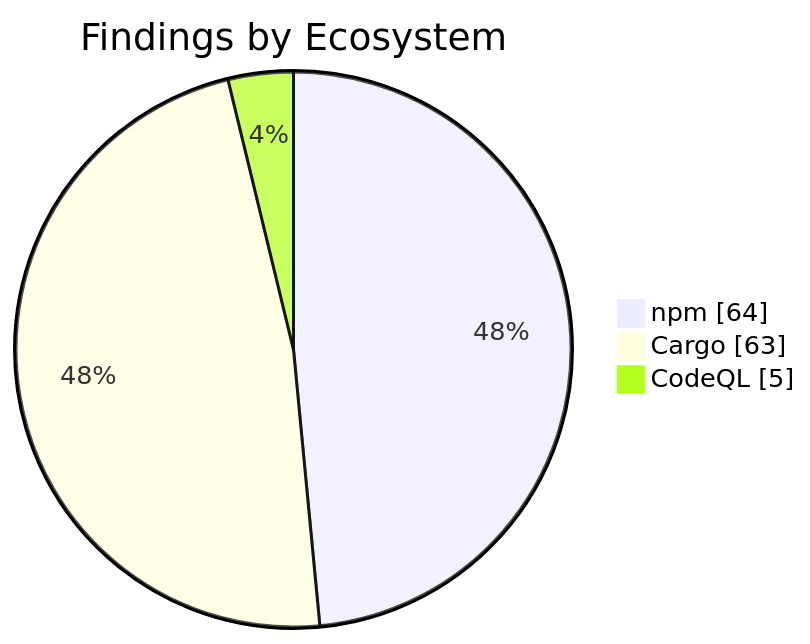
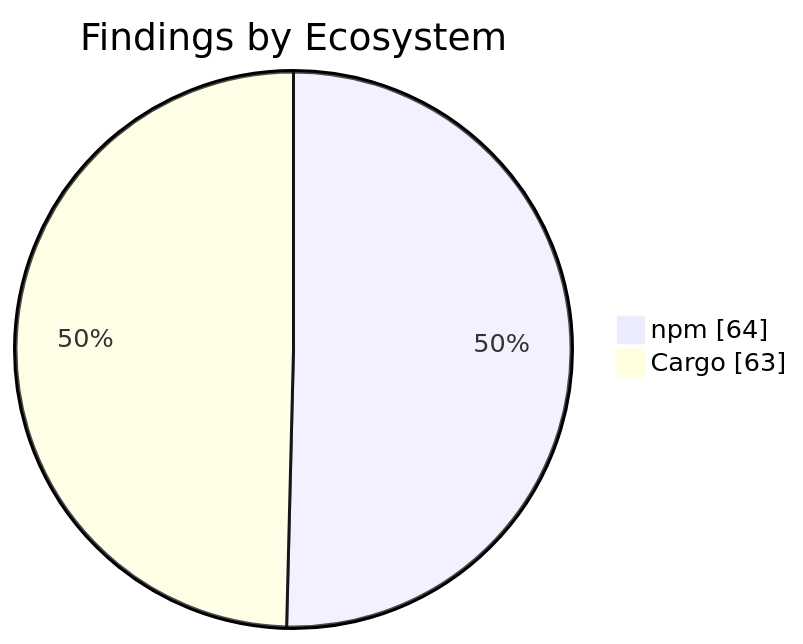
The second of 2 diagrams in apps/kbve/astro-kbve/src/content/docs/dashboard/security.mdx (KBVE/kbve), drawn with Mermaid before and after one commit. The commit also changed other lines of this file and 1 other file, not shown here.

````diff
--- a/apps/kbve/astro-kbve/src/content/docs/dashboard/security.mdx
+++ b/apps/kbve/astro-kbve/src/content/docs/dashboard/security.mdx
@@ -73,7 +73,6 @@
 ```mermaid
 pie showData
     title Findings by Ecosystem
     "npm" : 64
     "Cargo" : 63
-    "CodeQL" : 5
 ```
````
